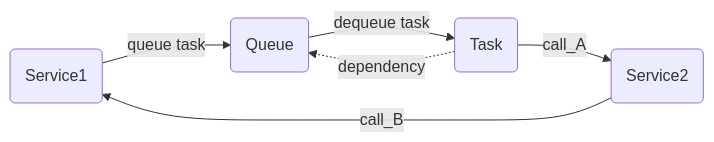
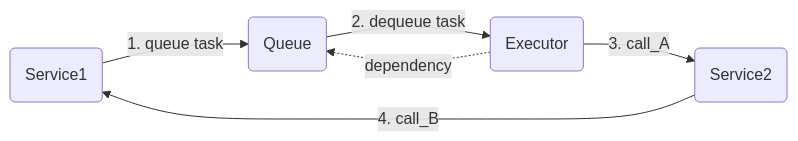
Before and after one commit to akiradeveloper/microservice-pattern: the fourth of 5 diagrams in README.md, drawn with Mermaid. The commit also changed other lines of this file and 4 other files, not shown here.

````diff
--- a/README.md
+++ b/README.md
@@ -56,12 +56,12 @@
 ```mermaid
 graph LR
   S1(Service1)
   S2(Service2)
-  T(Task)
+  EX(Executor)
   Q(Queue)
-  S1 -->|queue task| Q
-  Q -->|dequeue task| T
-  T -->|call_A| S2
-  T -.->|dependency| Q
-  S2 -->|call_B| S1
+  S1 -->|1. queue task| Q
+  Q -->|2. dequeue task| EX
+  EX -->|3. call_A| S2
+  EX -.->|dependency| Q
+  S2 -->|4. call_B| S1
 ```
````
